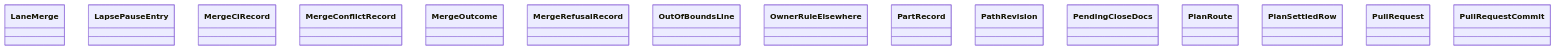
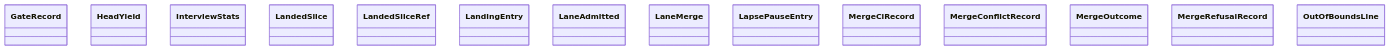
The diagram in docs/architecture/generated/classes-process-domain-state-7.md (GonzaloZevallos/agentic-system), drawn with Mermaid before and after one commit. The commit also changed other lines of this file and 31 other files, not shown here.

Commit message:
Regenerate the architecture docs and pin the graph tests' flow without a draft validator

````diff
--- a/docs/architecture/generated/classes-process-domain-state-7.md
+++ b/docs/architecture/generated/classes-process-domain-state-7.md
@@ -31,18 +32,17 @@
 ```mermaid
 classDiagram
+    class task__GateRecord["GateRecord"]
+    class task__HeadYield["HeadYield"]
+    class task__InterviewStats["InterviewStats"]
+    class task__LandedSlice["LandedSlice"]
+    class task__LandedSliceRef["LandedSliceRef"]
+    class task__LandingEntry["LandingEntry"]
+    class task__LaneAdmitted["LaneAdmitted"]
     class task__LaneMerge["LaneMerge"]
     class task__LapsePauseEntry["LapsePauseEntry"]
     class task__MergeCiRecord["MergeCiRecord"]
     class task__MergeConflictRecord["MergeConflictRecord"]
     class task__MergeOutcome["MergeOutcome"]
     class task__MergeRefusalRecord["MergeRefusalRecord"]
     class task__OutOfBoundsLine["OutOfBoundsLine"]
-    class task__OwnerRuleElsewhere["OwnerRuleElsewhere"]
-    class task__PartRecord["PartRecord"]
-    class task__PathRevision["PathRevision"]
-    class task__PendingCloseDocs["PendingCloseDocs"]
-    class task__PlanRoute["PlanRoute"]
-    class task__PlanSettledRow["PlanSettledRow"]
-    class task__PullRequest["PullRequest"]
-    class task__PullRequestCommit["PullRequestCommit"]
 ```
````
